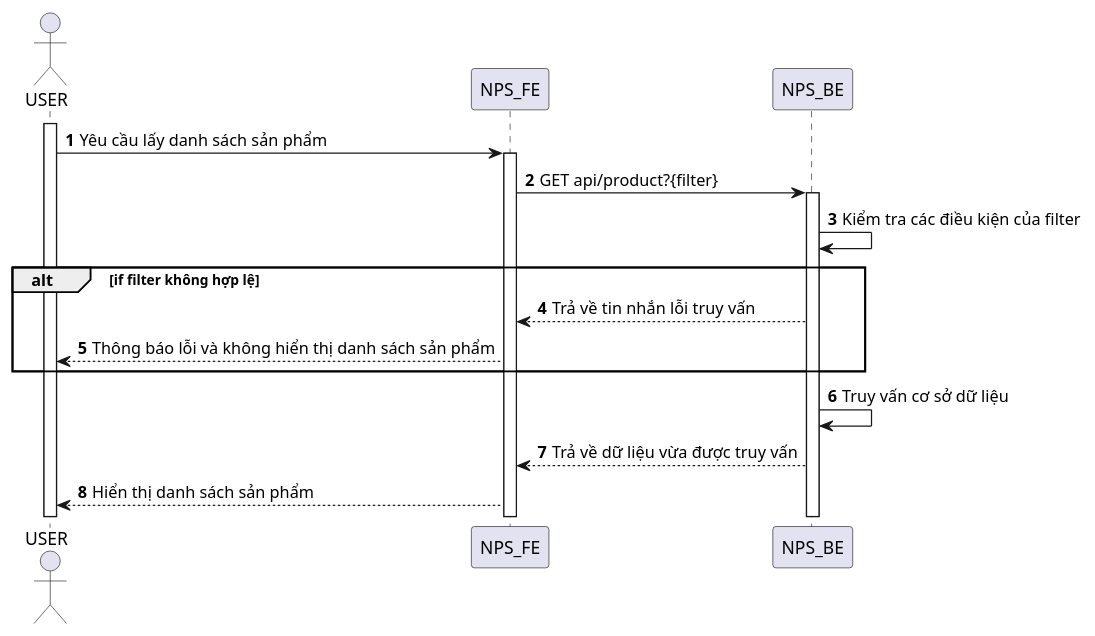
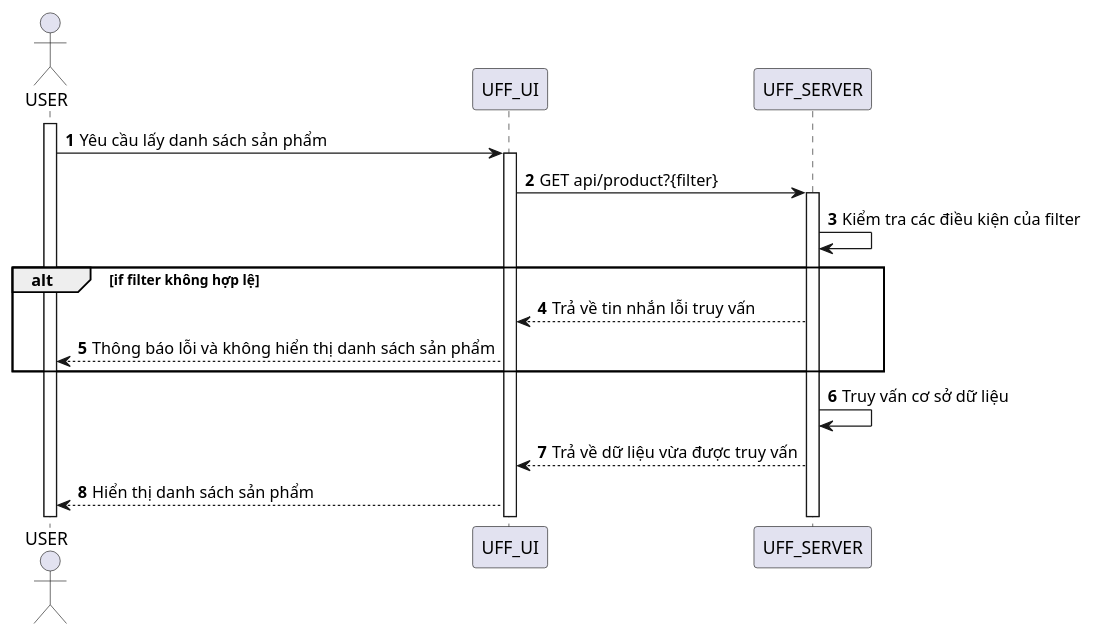
Before and after one commit to congdanh0101/fast-food: the diagram in SequenceDiagram/Product/get-list-product.puml, drawn with PlantUML. The commit also changed 177 other files, not shown here.

Commit message:
update sequence

```diff
--- a/SequenceDiagram/Product/get-list-product.puml
+++ b/SequenceDiagram/Product/get-list-product.puml
@@ -1,23 +1,23 @@
 @startuml
 autonumber
 actor USER
 
 activate USER
 
-USER -> NPS_FE: Yêu cầu lấy danh sách sản phẩm
-activate NPS_FE
+USER -> UFF_UI: Yêu cầu lấy danh sách sản phẩm
+activate UFF_UI
 
-NPS_FE -> NPS_BE: GET api/product?{filter}
-activate NPS_BE
-NPS_BE -> NPS_BE: Kiểm tra các điều kiện của filter
+UFF_UI -> UFF_SERVER: GET api/product?{filter}
+activate UFF_SERVER
+UFF_SERVER -> UFF_SERVER: Kiểm tra các điều kiện của filter
 
 alt if filter không hợp lệ
-NPS_BE --> NPS_FE: Trả về tin nhắn lỗi truy vấn
-NPS_FE --> USER: Thông báo lỗi và không hiển thị danh sách sản phẩm
+UFF_SERVER --> UFF_UI: Trả về tin nhắn lỗi truy vấn
+UFF_UI --> USER: Thông báo lỗi và không hiển thị danh sách sản phẩm
 end
 
-NPS_BE->NPS_BE: Truy vấn cơ sở dữ liệu
-NPS_BE --> NPS_FE: Trả về dữ liệu vừa được truy vấn
-NPS_FE --> USER: Hiển thị danh sách sản phẩm
+UFF_SERVER->UFF_SERVER: Truy vấn cơ sở dữ liệu
+UFF_SERVER --> UFF_UI: Trả về dữ liệu vừa được truy vấn
+UFF_UI --> USER: Hiển thị danh sách sản phẩm
 
 @enduml
```
